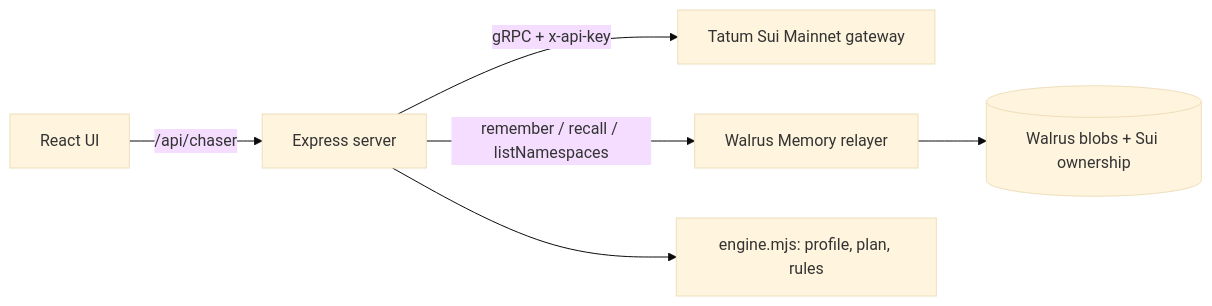
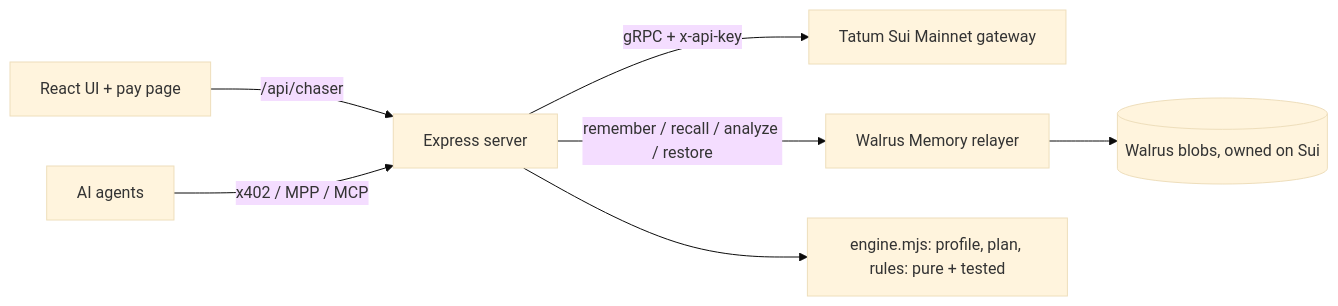
Before and after one commit to PugarHuda/invoice-chaser: the diagram in README.md, drawn with Mermaid (base theme). The commit also changed other lines of this file and 4 other files, not shown here.

````diff
--- a/README.md
+++ b/README.md
@@ -352,8 +81,9 @@
 ```mermaid
 flowchart LR
-  UI[React UI] -->|/api/chaser| S[Express server]
+  UI[React UI + pay page] -->|/api/chaser| S[Express server]
   S -->|gRPC + x-api-key| T[Tatum Sui Mainnet gateway]
-  S -->|remember / recall / listNamespaces| W[Walrus Memory relayer]
-  W --> WB[(Walrus blobs + Sui ownership)]
-  S --> E[engine.mjs: profile, plan, rules]
+  S -->|remember / recall / analyze / restore| W[Walrus Memory relayer]
+  W --> WB[(Walrus blobs, owned on Sui)]
+  S --> E[engine.mjs: profile, plan, rules: pure + tested]
+  A[AI agents] -->|x402 / MPP / MCP| S
 ```
````
